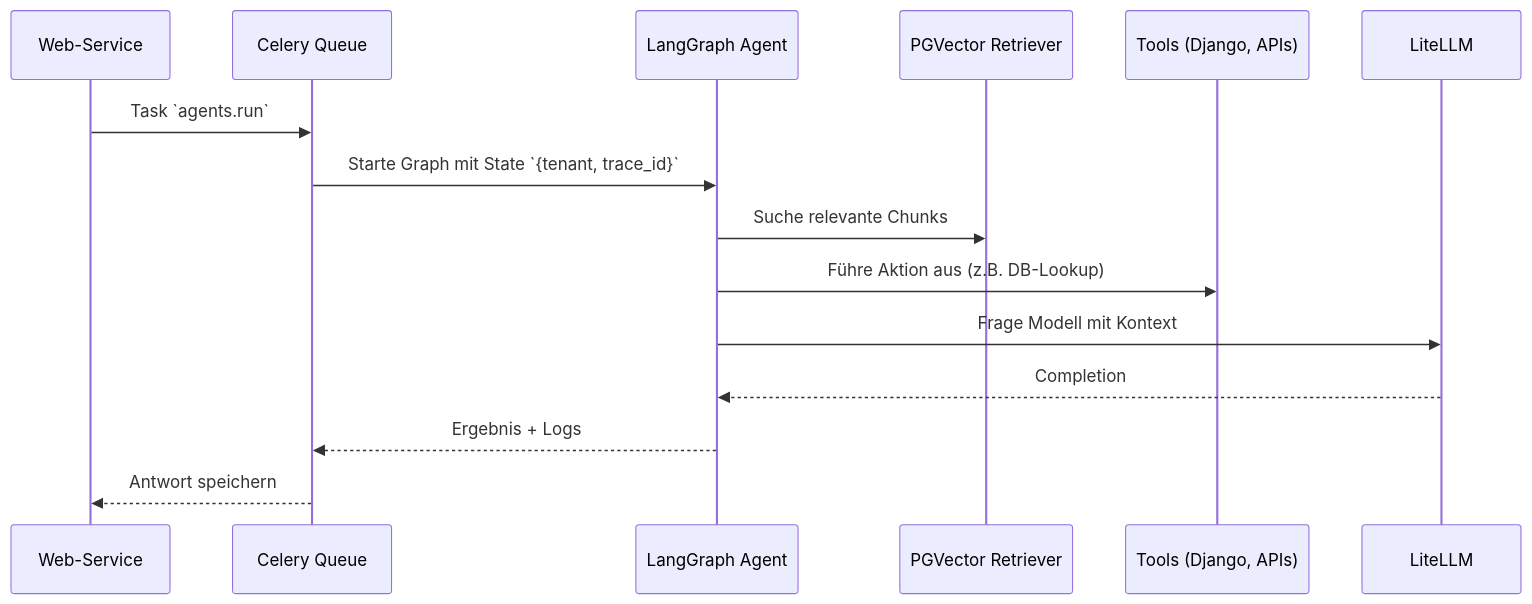
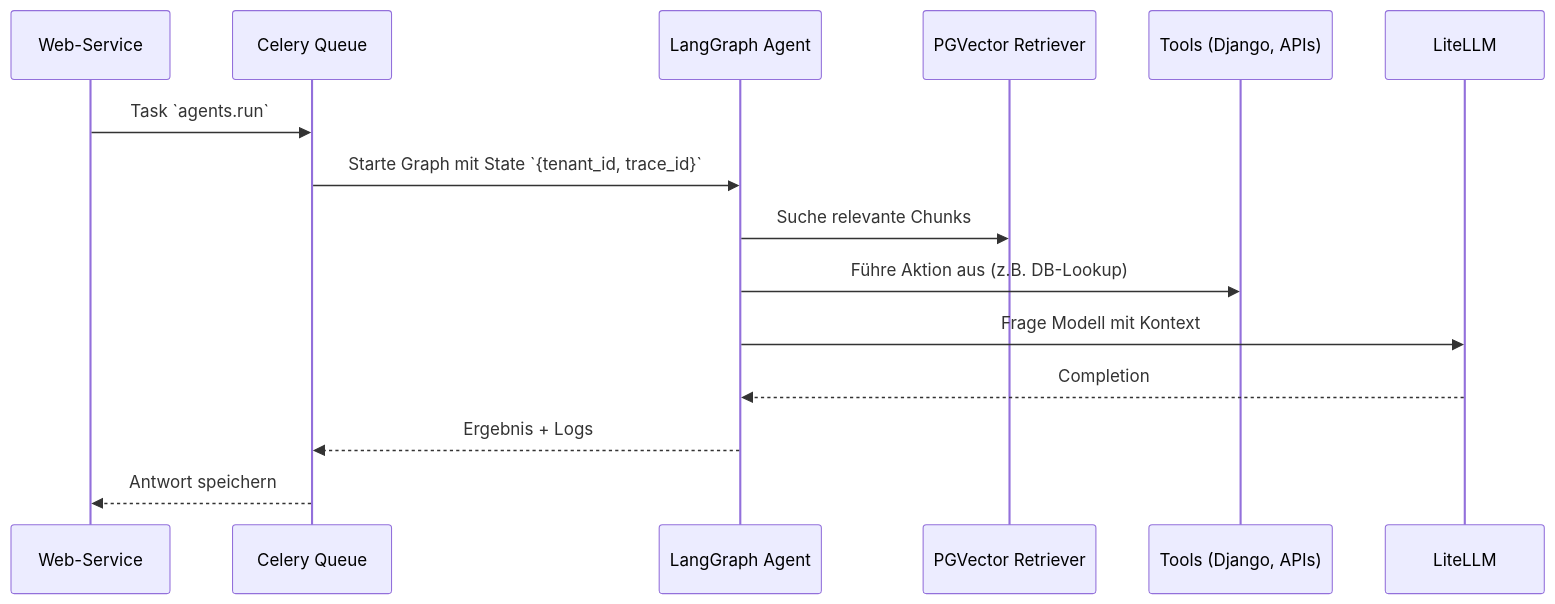
One commit to fraven01/NOESIS-2 changed the diagram in docs/agents/overview.md. Above: the diagram before and after it, drawn with Mermaid. The commit also changed other lines of this file and 8 other files, not shown here.

````diff
--- a/docs/agents/overview.md
+++ b/docs/agents/overview.md
@@ -6,17 +6,17 @@
 ```mermaid
 sequenceDiagram
     participant Web as Web-Service
     participant Queue as Celery Queue
     participant Agent as LangGraph Agent
     participant Retriever as PGVector Retriever
     participant Tools as Tools (Django, APIs)
     participant LLM as LiteLLM
     Web->>Queue: Task `agents.run`
-    Queue->>Agent: Starte Graph mit State `{tenant, trace_id}`
+    Queue->>Agent: Starte Graph mit State `{tenant_id, trace_id}`
     Agent->>Retriever: Suche relevante Chunks
     Agent->>Tools: Führe Aktion aus (z.B. DB-Lookup)
     Agent->>LLM: Frage Modell mit Kontext
     LLM-->>Agent: Completion
     Agent-->>Queue: Ergebnis + Logs
     Queue-->>Web: Antwort speichern
 ```
````
